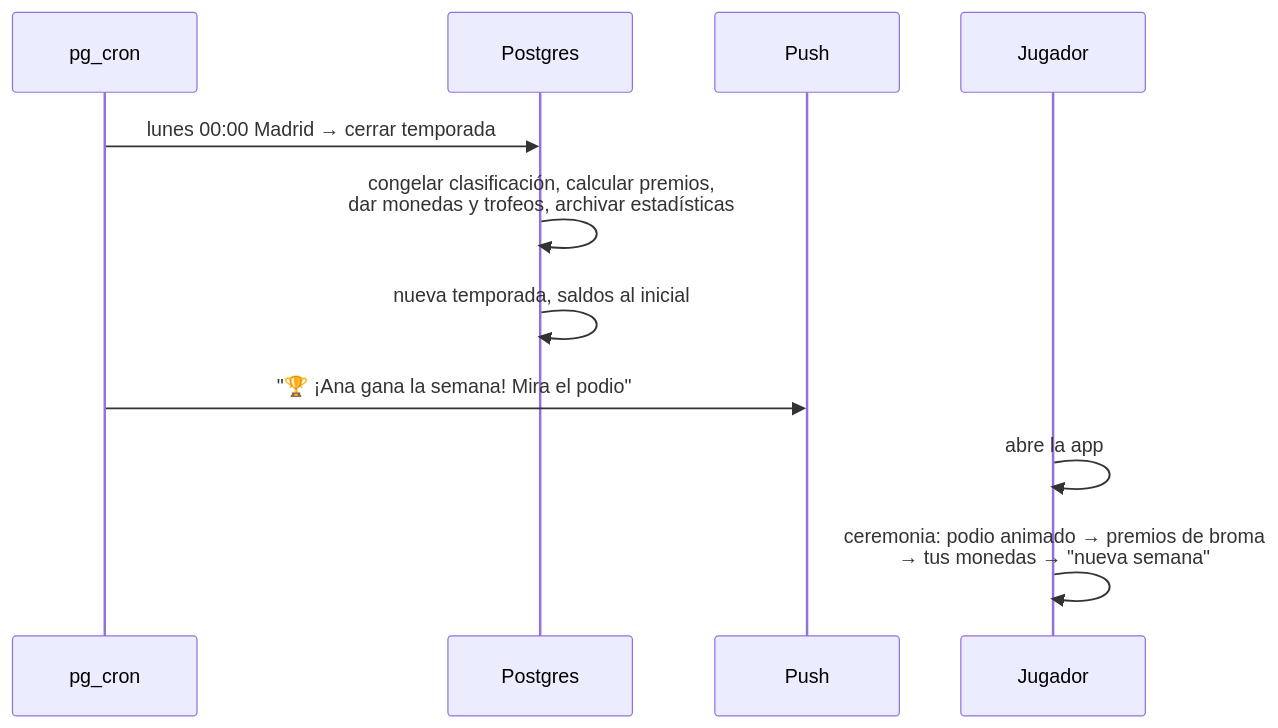
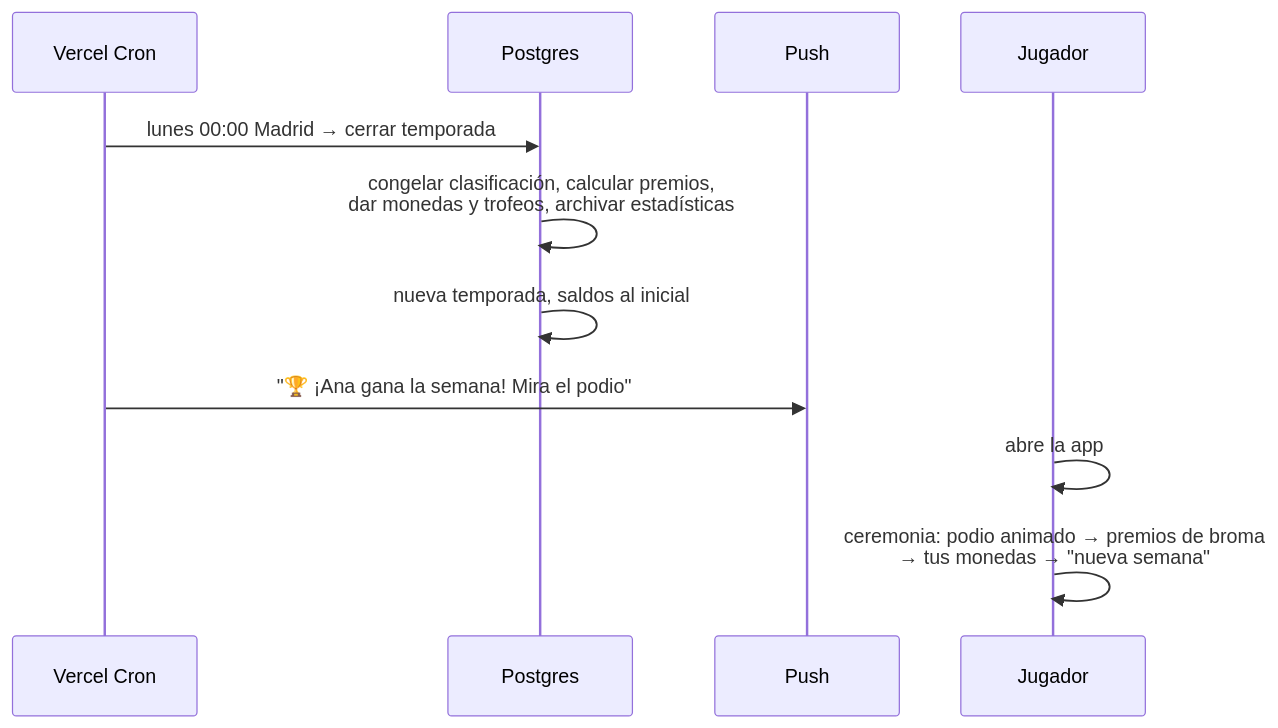
Before and after one commit to Ronambulo/BlackjackWithFriends: the seventh of 7 diagrams in docs/DISENO.md, drawn with Mermaid. The commit also changed other lines of this file and 35 other files, not shown here.

````diff
--- a/docs/DISENO.md
+++ b/docs/DISENO.md
@@ -321,14 +321,14 @@
 ```mermaid
 sequenceDiagram
-  participant C as pg_cron
+  participant C as Vercel Cron
   participant DB as Postgres
   participant P as Push
   participant J as Jugador
 
   C->>DB: lunes 00:00 Madrid → cerrar temporada
   DB->>DB: congelar clasificación, calcular premios,<br/>dar monedas y trofeos, archivar estadísticas
   DB->>DB: nueva temporada, saldos al inicial
   C->>P: "🏆 ¡Ana gana la semana! Mira el podio"
   J->>J: abre la app
   J->>J: ceremonia: podio animado → premios de broma<br/>→ tus monedas → "nueva semana"
 ```
````
